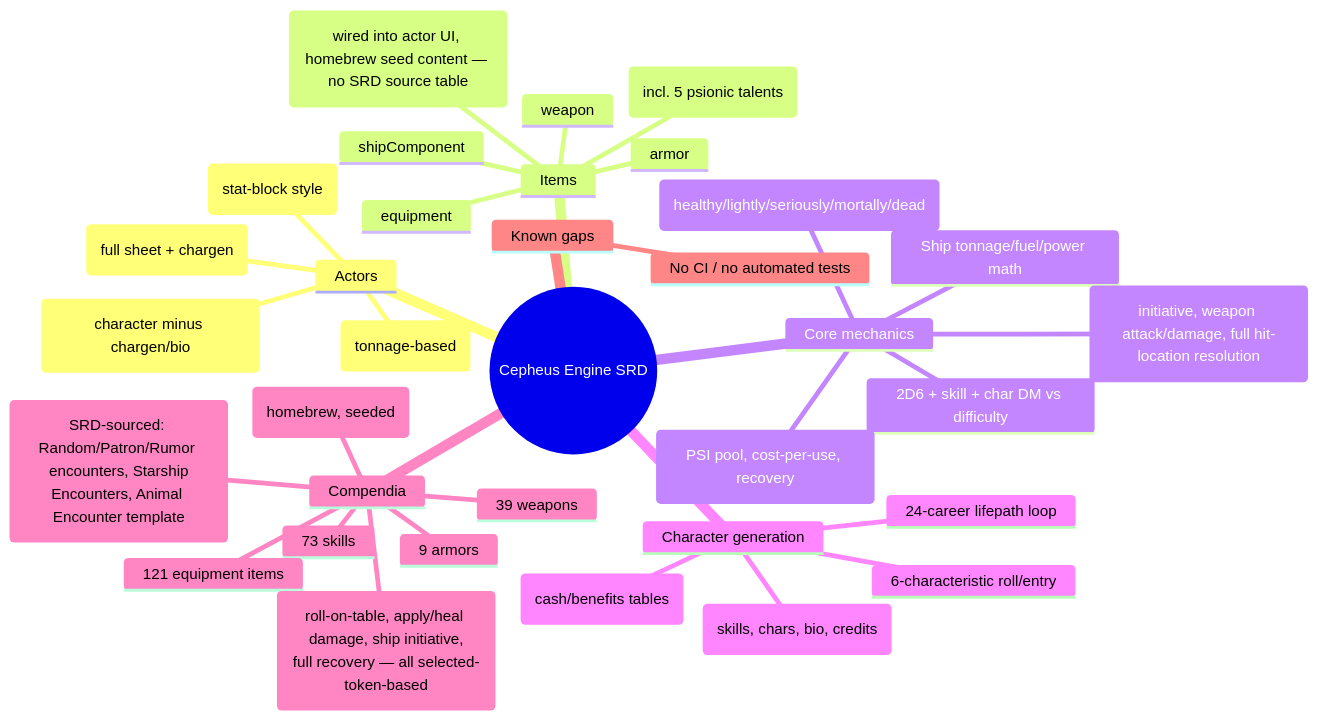
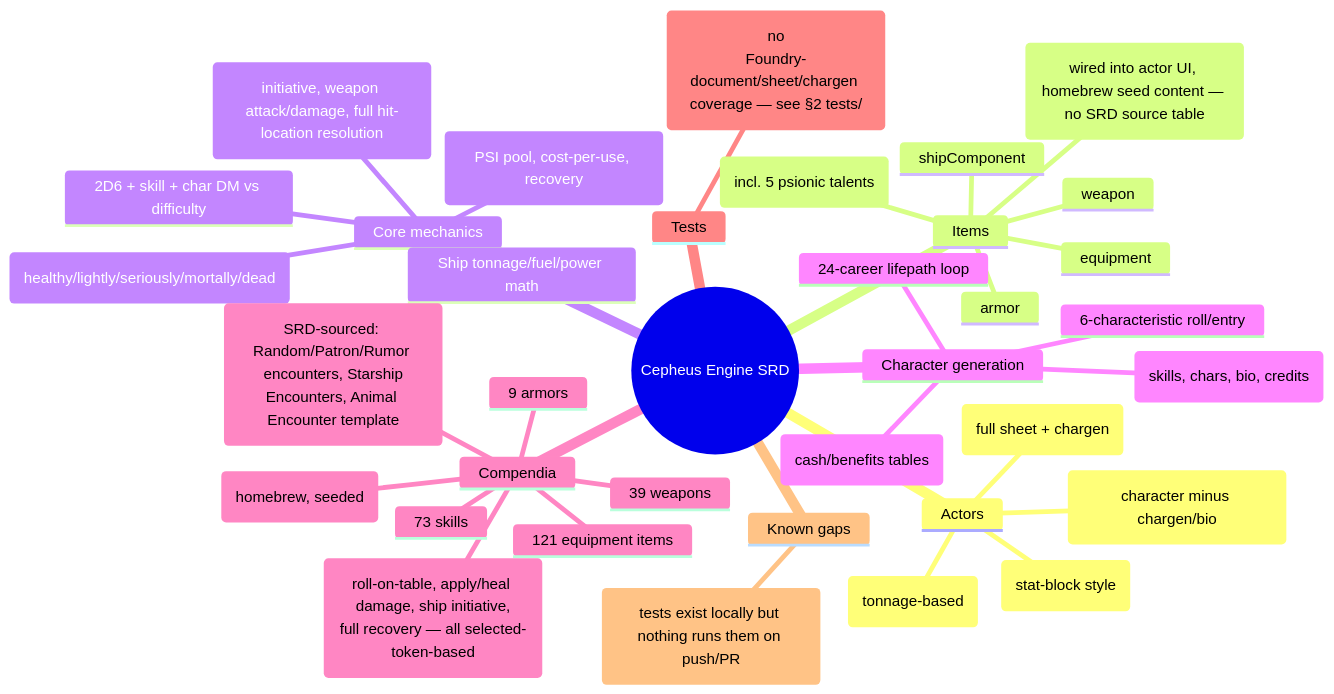
One commit to JoshuaErney/cepheus-engine changed the diagram in PROJECT_STATUS.md. Above: the diagram before and after it, drawn with Mermaid. The commit also changed other lines of this file and 11 other files, not shown here.

First line of the commit message:
Add automated test suite (bun test), extracting testable pure-logic helpers

````diff
--- a/PROJECT_STATUS.md
+++ b/PROJECT_STATUS.md
@@ -16,39 +16,42 @@
 ```mermaid
 mindmap
   root((Cepheus Engine SRD))
     Actors
       character (full sheet + chargen)
       npc (character minus chargen/bio)
       creature (stat-block style)
       ship (tonnage-based)
     Items
       skill (incl. 5 psionic talents)
       weapon
       armor
       equipment
       augment (wired into actor UI, homebrew seed content — no SRD source table)
       shipComponent
     Core mechanics
       2D6 + skill + char DM vs difficulty
       Wound states (healthy/lightly/seriously/mortally/dead)
       Psionics (PSI pool, cost-per-use, recovery)
       Ship tonnage/fuel/power math
       Space combat (initiative, weapon attack/damage, full hit-location resolution)
     Character generation
       6-characteristic roll/entry
       24-career lifepath loop
       Muster-out (cash/benefits tables)
       Apply-to-actor (skills, chars, bio, credits)
     Compendia
       73 skills
       39 weapons
       9 armors
       121 equipment items
       12 augments (homebrew, seeded)
       5 GM rollable tables (SRD-sourced: Random/Patron/Rumor encounters, Starship
         Encounters, Animal Encounter template)
       5 ready-to-use macros (roll-on-table, apply/heal damage, ship initiative,
         full recovery — all selected-token-based)
+    Tests
+      bun test — 81 tests, pure-logic modules + data/localization only (no
+      Foundry-document/sheet/chargen coverage — see §2 tests/)
     Known gaps
-      No CI / no automated tests
+      No CI (tests exist locally but nothing runs them on push/PR)
 ```
````
